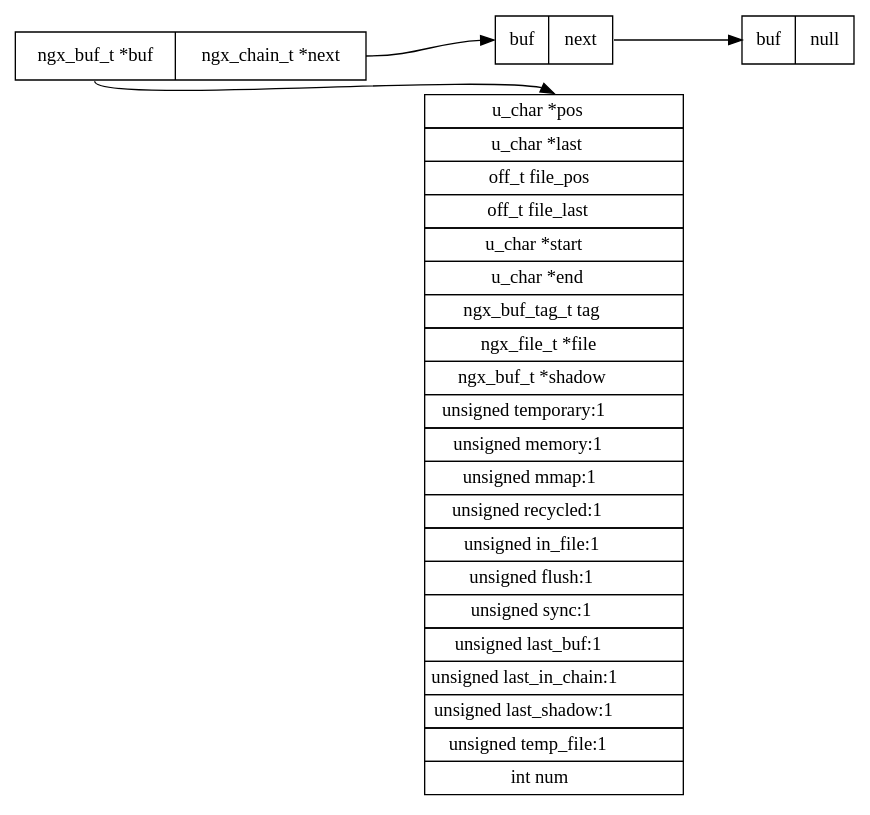
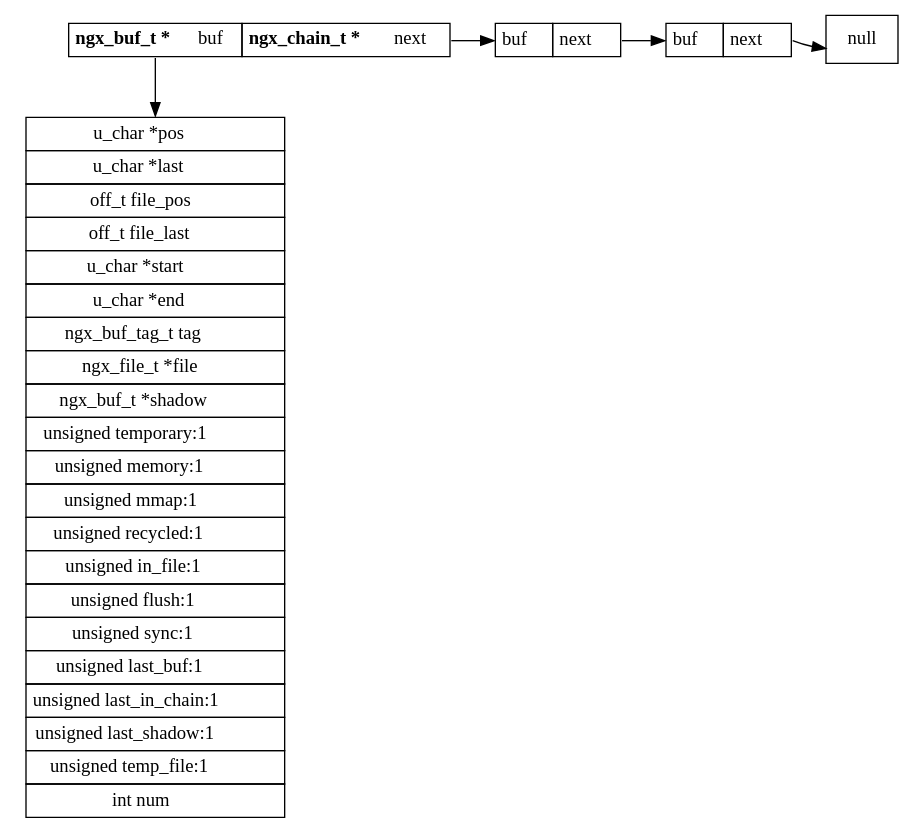
The diagram in nginx/dot/buf.dot (lawlient/notes), drawn with Graphviz before and after one commit. The commit also changed 6 other files, not shown here.

```diff
--- a/nginx/dot/buf.dot
+++ b/nginx/dot/buf.dot
@@ -1,59 +1,75 @@
 digraph ngx_buf {
-    compound=true;
-    rankdir=LR;
 
-    subgraph buf {
-        { rank=same; };
-        ngx_buf_s [
+    ngx_buf_s [
+        shape="none"
+        label=<<table border='0' cellspacing='0' cellborder='1' cellpadding='4'> 
+            <tr> <td port="pos"> u_char *pos </td> </tr>
+            <tr> <td> u_char *last </td> </tr>
+            <tr> <td> off_t file_pos </td> </tr>
+            <tr> <td> off_t file_last </td> </tr>
+            <tr> <td> u_char *start </td> </tr>
+            <tr> <td> u_char *end </td> </tr>
+            <tr> <td> ngx_buf_tag_t tag </td> </tr>
+            <tr> <td> ngx_file_t *file </td> </tr>
+            <tr> <td> ngx_buf_t *shadow </td> </tr>
+            <tr> <td> unsigned temporary:1 </td> </tr>
+            <tr> <td> unsigned memory:1 </td> </tr>
+            <tr> <td> unsigned mmap:1 </td> </tr>
+            <tr> <td> unsigned recycled:1 </td> </tr>
+            <tr> <td> unsigned in_file:1 </td> </tr>
+            <tr> <td> unsigned flush:1 </td> </tr>
+            <tr> <td> unsigned sync:1 </td> </tr>
+            <tr> <td> unsigned last_buf:1 </td> </tr>
+            <tr> <td> unsigned last_in_chain:1 </td> </tr>
+            <tr> <td> unsigned last_shadow:1 </td> </tr>
+            <tr> <td> unsigned temp_file:1 </td> </tr>
+            <tr> <td> int num </td> </tr>
+        </table>>
+    ]
+
+    subgraph chain {
+        rank=same
+
+        ngx_chain_s [
             shape="none"
-            label=<<table border='0' cellspacing='0' cellborder='1' cellpadding='4'> 
-                <tr> <td port="pos"> u_char *pos </td> </tr>
-                <tr> <td> u_char *last </td> </tr>
-                <tr> <td> off_t file_pos </td> </tr>
-                <tr> <td> off_t file_last </td> </tr>
-                <tr> <td> u_char *start </td> </tr>
-                <tr> <td> u_char *end </td> </tr>
-                <tr> <td> ngx_buf_tag_t tag </td> </tr>
-                <tr> <td> ngx_file_t *file </td> </tr>
-                <tr> <td> ngx_buf_t *shadow </td> </tr>
-                <tr> <td> unsigned temporary:1 </td> </tr>
-                <tr> <td> unsigned memory:1 </td> </tr>
-                <tr> <td> unsigned mmap:1 </td> </tr>
-                <tr> <td> unsigned recycled:1 </td> </tr>
-                <tr> <td> unsigned in_file:1 </td> </tr>
-                <tr> <td> unsigned flush:1 </td> </tr>
-                <tr> <td> unsigned sync:1 </td> </tr>
-                <tr> <td> unsigned last_buf:1 </td> </tr>
-                <tr> <td> unsigned last_in_chain:1 </td> </tr>
-                <tr> <td> unsigned last_shadow:1 </td> </tr>
-                <tr> <td> unsigned temp_file:1 </td> </tr>
-                <tr> <td> int num </td> </tr>
+            label=<<table border='0' cellspacing='0' cellborder='1' cellpadding='4'>
+                <tr> 
+                    <td port="buf"><b>ngx_buf_t * </b>buf </td>
+                    <td port="next"><b>ngx_chain_t * </b>next </td>
+                </tr>
             </table>>
+            
+        ]
+
+        ngx_chain_node1 [
+            shape="none"
+            label=<<table border='0' cellspacing='0' cellborder='1' cellpadding='4'>
+                <tr> 
+                    <td port="buf"> buf </td>
+                    <td port="next"> next </td>
+                </tr>
+            </table>>
+        ]
+
+        ngx_chain_node2 [
+            shape="none"
+            label=<<table border='0' cellspacing='0' cellborder='1' cellpadding='4'>
+                <tr> 
+                    <td port="buf"> buf </td>
+                    <td port="next"> next </td>
+                </tr>
+            </table>>
+        ]
+
+        null [
+            shape = box
+            label = "null"
         ]
     }
 
-    subgraph chain {
-        { rank=same; };
-
-        ngx_chain_s [
-            shape="record"
-            label="{ <buf> ngx_buf_t *buf | <next> ngx_chain_t *next }"
-        ]
-
-        ngx_chain_node1 [
-            shape="record"
-            label="{ <buf> buf | <next> next }"
-        ]
-
-        ngx_chain_node2 [
-            shape="record"
-            label="{ <buf> buf | null }"
-        ]
-
-        ngx_chain_s:next -> ngx_chain_node1:buf
-        ngx_chain_node1:next -> ngx_chain_node2:buf
-    }
-
+    ngx_chain_s:next -> ngx_chain_node1:buf
+    ngx_chain_node1:next -> ngx_chain_node2:buf
+    ngx_chain_node2:next -> null
 
     ngx_chain_s:buf:s -> ngx_buf_s:pos:n
 }
```
